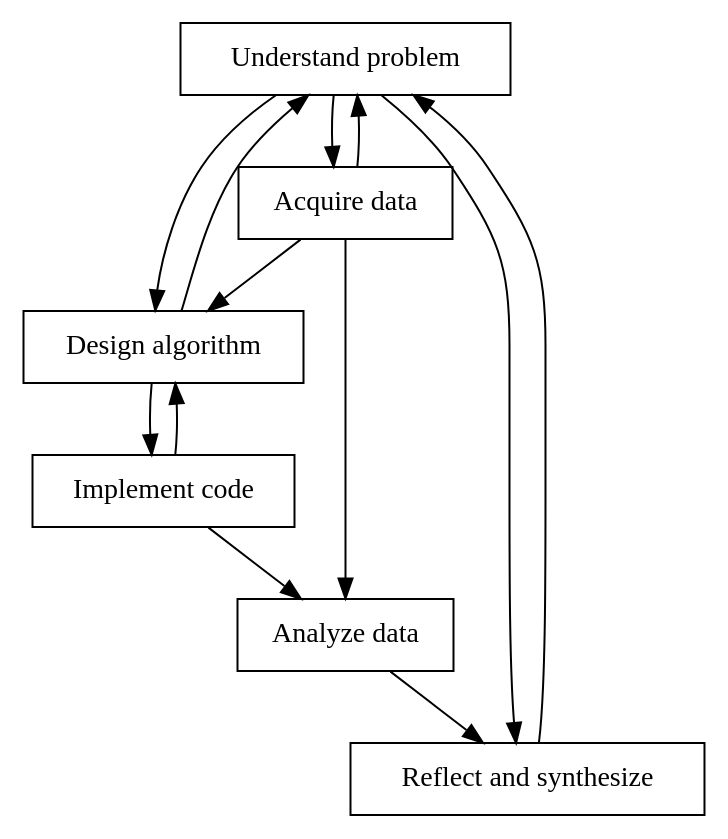
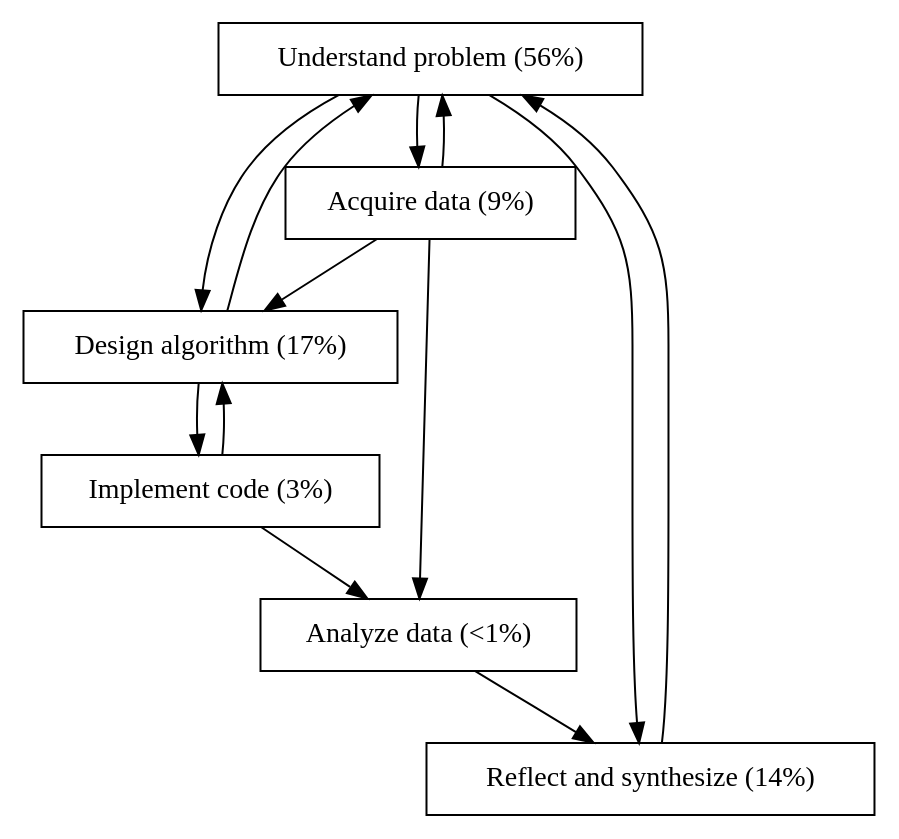
One commit to jarrodmillman/irr-case-study changed the diagram in work_process.dot. Above: the diagram before and after it, drawn with Graphviz. The commit also changed 1 other file, not shown here.

```diff
--- a/work_process.dot
+++ b/work_process.dot
@@ -1,42 +1,42 @@
 digraph {
 	graph [bb="-106.36,-106.83,91.579,114.28"];
 	node [label="\N",
 		shape=box
 	];
 	1	 [height=0.5,
-		label="Understand problem",
-		pos="-62.363,96.096",
+		label="Understand problem (56%)",
+		pos="-92.363,96.096",
 		width=1.7778];
 	2	 [height=0.5,
-		label="Acquire data",
-		pos="100,96.284",
+		label="Acquire data (9%)",
+		pos="130,96.284",
 		width=1.1944];
 	1 -> 2;
 	3	 [height=0.5,
-		label="Design algorithm",
+		label="Design algorithm (17%)",
 		pos="35.579,38.87",
 		width=1.5556];
 	1 -> 3;
 	6	 [height=0.5,
-		label="Reflect and synthesize",
-		pos="8.1005,-88.826",
+		label="Reflect and synthesize (14%)",
+		pos="1.1005,-88.826",
 		width=0.77778];
 	1 -> 6;
 	2 -> 1;
 	2 -> 3;
 	2 -> 5;
 	3 -> 1;
 	4	 [height=0.5,
-		label="Implement code",
+		label="Implement code (3%)",
 		pos="55.559,-18.627",
 		width=0.625];
 	3 -> 4;
 	6 -> 1;
 	4 -> 3;
 	5	 [height=0.5,
-		label="Analyze data",
-		pos="178.362,-50.796",
+		label="Analyze data (<1%)",
+		pos="218.362,-50.796",
 		width=0.86111];
 	4 -> 5;
 	5 -> 6;
 }
```
